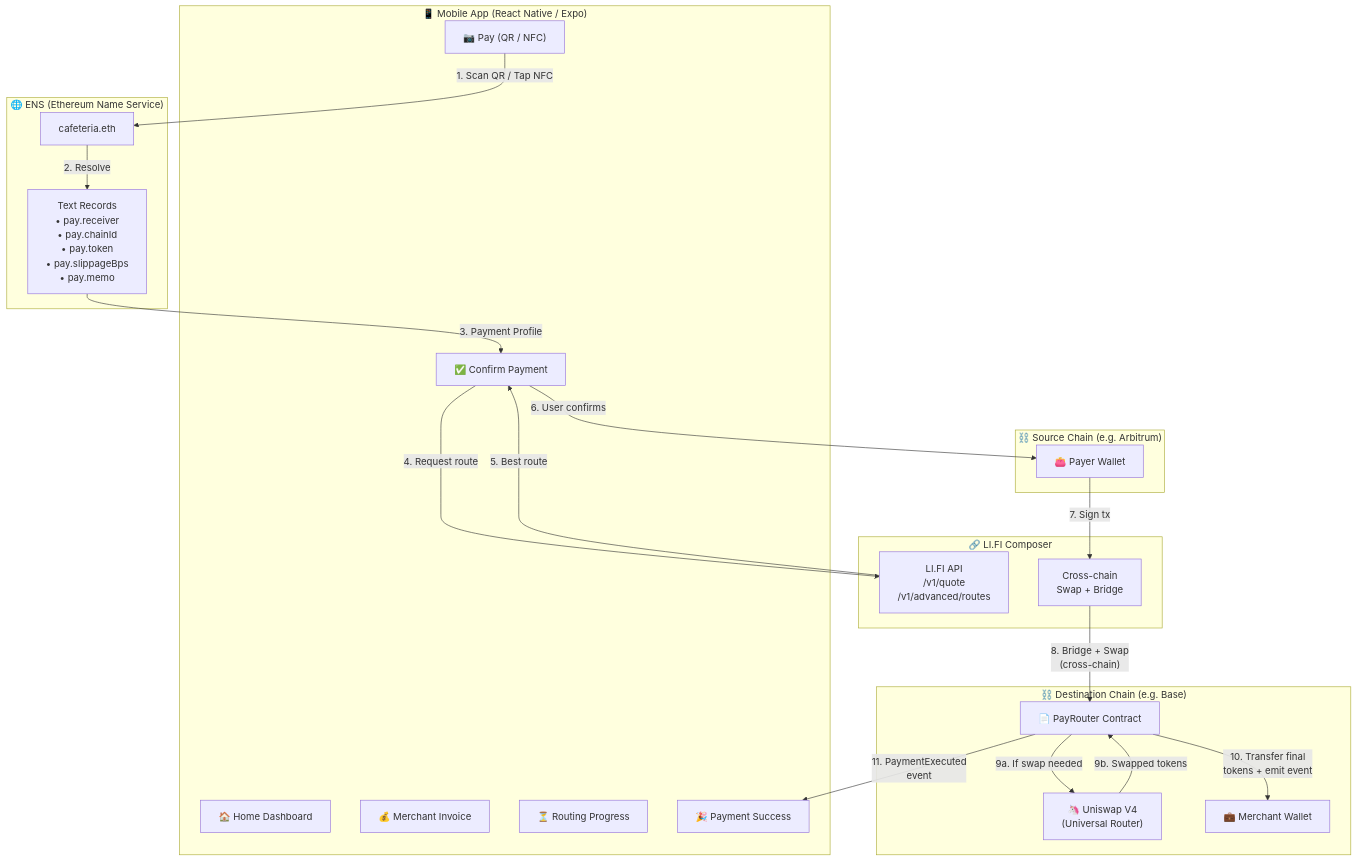
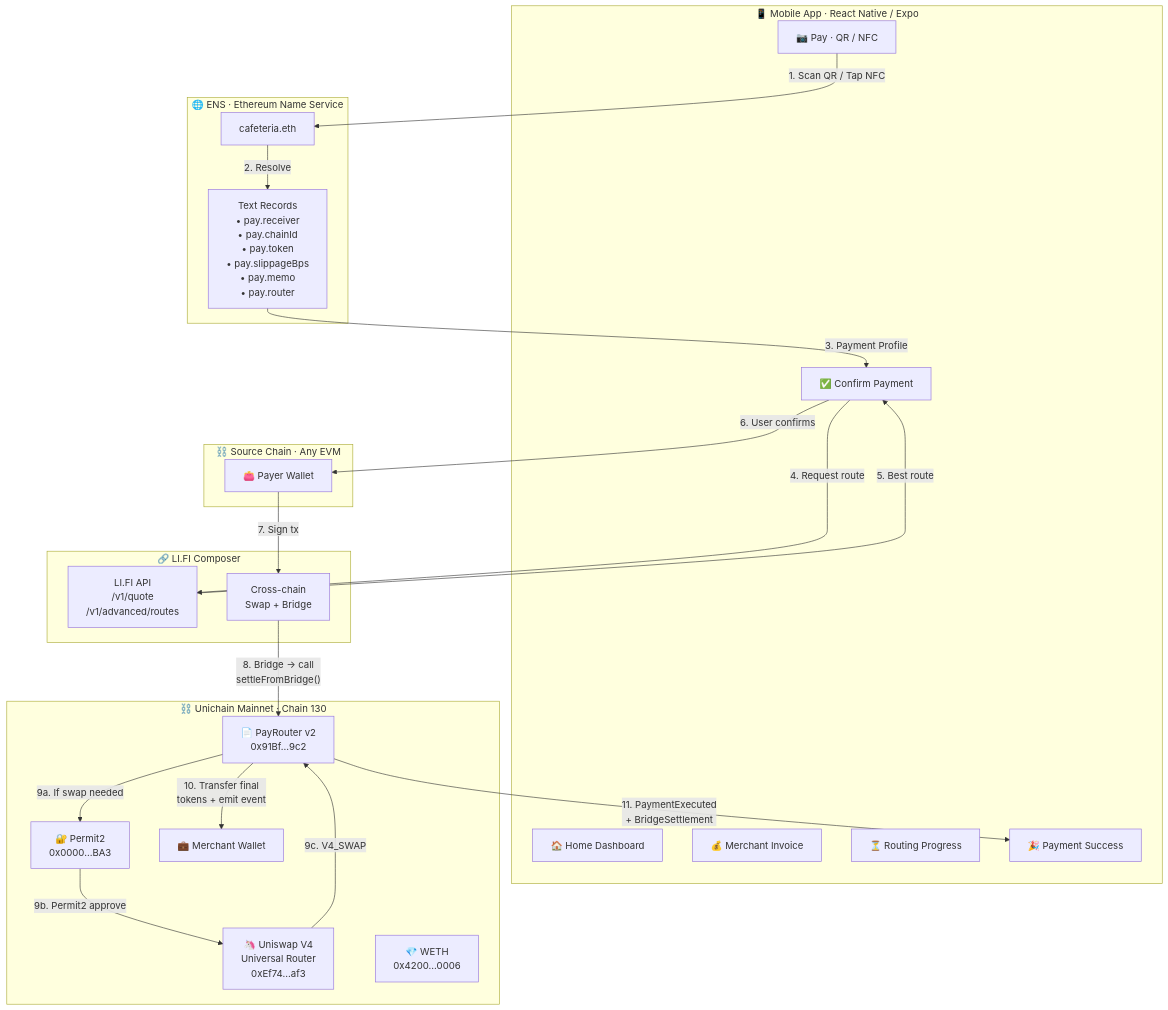
One commit to danelerr/htm-abipago changed the first of 11 diagrams in docs/architecture.md. Above: the diagram before and after it, drawn with Mermaid. The commit also changed other lines of this file, not shown here.

Commit message:
add architecture diagrams

````diff
--- a/docs/architecture.md
+++ b/docs/architecture.md
@@ -9,44 +12,47 @@
 ```mermaid
 graph TB
-    subgraph "📱 Mobile App (React Native / Expo)"
+    subgraph "📱 Mobile App · React Native / Expo"
         HOME["🏠 Home Dashboard"]
-        PAY["📷 Pay (QR / NFC)"]
+        PAY["📷 Pay · QR / NFC"]
         RECEIVE["💰 Merchant Invoice"]
         CONFIRM["✅ Confirm Payment"]
         PROGRESS["⏳ Routing Progress"]
         SUCCESS["🎉 Payment Success"]
     end
 
-    subgraph "🌐 ENS (Ethereum Name Service)"
+    subgraph "🌐 ENS · Ethereum Name Service"
         ENS_NAME["cafeteria.eth"]
-        ENS_RECORDS["Text Records\n• pay.receiver\n• pay.chainId\n• pay.token\n• pay.slippageBps\n• pay.memo"]
+        ENS_RECORDS["Text Records<br/>• pay.receiver<br/>• pay.chainId<br/>• pay.token<br/>• pay.slippageBps<br/>• pay.memo<br/>• pay.router"]
     end
 
     subgraph "🔗 LI.FI Composer"
-        LIFI_API["LI.FI API\n/v1/quote\n/v1/advanced/routes"]
-        LIFI_EXEC["Cross-chain\nSwap + Bridge"]
+        LIFI_API["LI.FI API<br/>/v1/quote<br/>/v1/advanced/routes"]
+        LIFI_EXEC["Cross-chain<br/>Swap + Bridge"]
     end
 
-    subgraph "⛓️ Destination Chain (e.g. Base)"
-        PAYROUTER["📄 PayRouter Contract"]
-        UNISWAP["🦄 Uniswap V4\n(Universal Router)"]
+    subgraph "⛓️ Unichain Mainnet · Chain 130"
+        PAYROUTER["📄 PayRouter v2<br/>0x91Bf…9c2"]
+        UNISWAP["🦄 Uniswap V4<br/>Universal Router<br/>0xEf74…af3"]
+        PERMIT2["🔐 Permit2<br/>0x0000…BA3"]
+        WETH["💎 WETH<br/>0x4200…0006"]
         MERCHANT_WALLET["💼 Merchant Wallet"]
     end
 
-    subgraph "⛓️ Source Chain (e.g. Arbitrum)"
+    subgraph "⛓️ Source Chain · Any EVM"
         PAYER_WALLET["👛 Payer Wallet"]
     end
 
     PAY -->|"1. Scan QR / Tap NFC"| ENS_NAME
     ENS_NAME -->|"2. Resolve"| ENS_RECORDS
     ENS_RECORDS -->|"3. Payment Profile"| CONFIRM
     CONFIRM -->|"4. Request route"| LIFI_API
     LIFI_API -->|"5. Best route"| CONFIRM
     CONFIRM -->|"6. User confirms"| PAYER_WALLET
     PAYER_WALLET -->|"7. Sign tx"| LIFI_EXEC
-    LIFI_EXEC -->|"8. Bridge + Swap\n(cross-chain)"| PAYROUTER
-    PAYROUTER -->|"9a. If swap needed"| UNISWAP
-    UNISWAP -->|"9b. Swapped tokens"| PAYROUTER
-    PAYROUTER -->|"10. Transfer final\ntokens + emit event"| MERCHANT_WALLET
-    PAYROUTER -->|"11. PaymentExecuted\nevent"| SUCCESS
+    LIFI_EXEC -->|"8. Bridge → call<br/>settleFromBridge()"| PAYROUTER
+    PAYROUTER -->|"9a. If swap needed"| PERMIT2
+    PERMIT2 -->|"9b. Permit2 approve"| UNISWAP
+    UNISWAP -->|"9c. V4_SWAP"| PAYROUTER
+    PAYROUTER -->|"10. Transfer final<br/>tokens + emit event"| MERCHANT_WALLET
+    PAYROUTER -->|"11. PaymentExecuted<br/>+ BridgeSettlement"| SUCCESS
 ```
````
